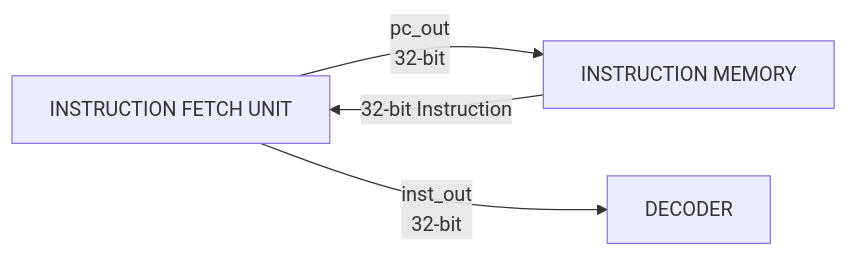
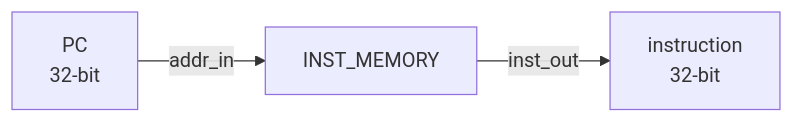
One commit to hetrupala/RV32I-Processor-Verilog-edition changed the third of 4 diagrams in INSTRUCTION FETCH UNIT/README.md. Above: the diagram before and after it, drawn with Mermaid. The commit also changed other lines of this file, not shown here.

First line of the commit message:
Revised README for Instruction Fetch Unit clarity

````diff
--- a/INSTRUCTION FETCH UNIT/README.md
+++ b/INSTRUCTION FETCH UNIT/README.md
@@ -123,9 +163,5 @@
 ```mermaid
 flowchart LR
-    IF["INSTRUCTION FETCH UNIT"]
-
-    IF -->|"pc_out<br/>32-bit"| IM["INSTRUCTION MEMORY"]
-    IM -->|"32-bit Instruction"| IF
-
-    IF -->|"inst_out<br/>32-bit"| DEC["DECODER"]
+    PC["PC<br/>32-bit"] -->|"addr_in"| IM["INST_MEMORY"]
+    IM -->|"inst_out"| INST["instruction<br/>32-bit"]
 ```
````
